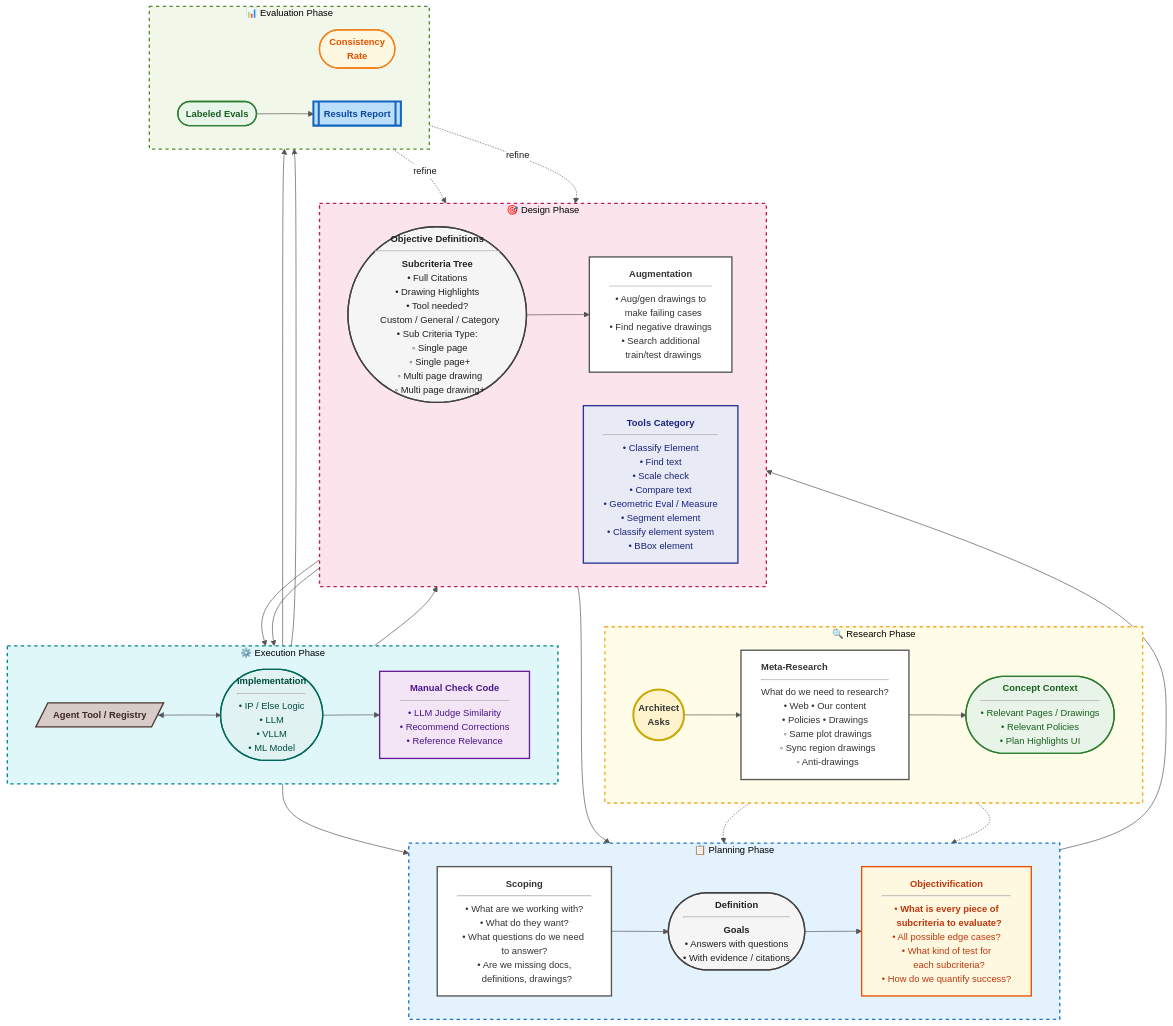
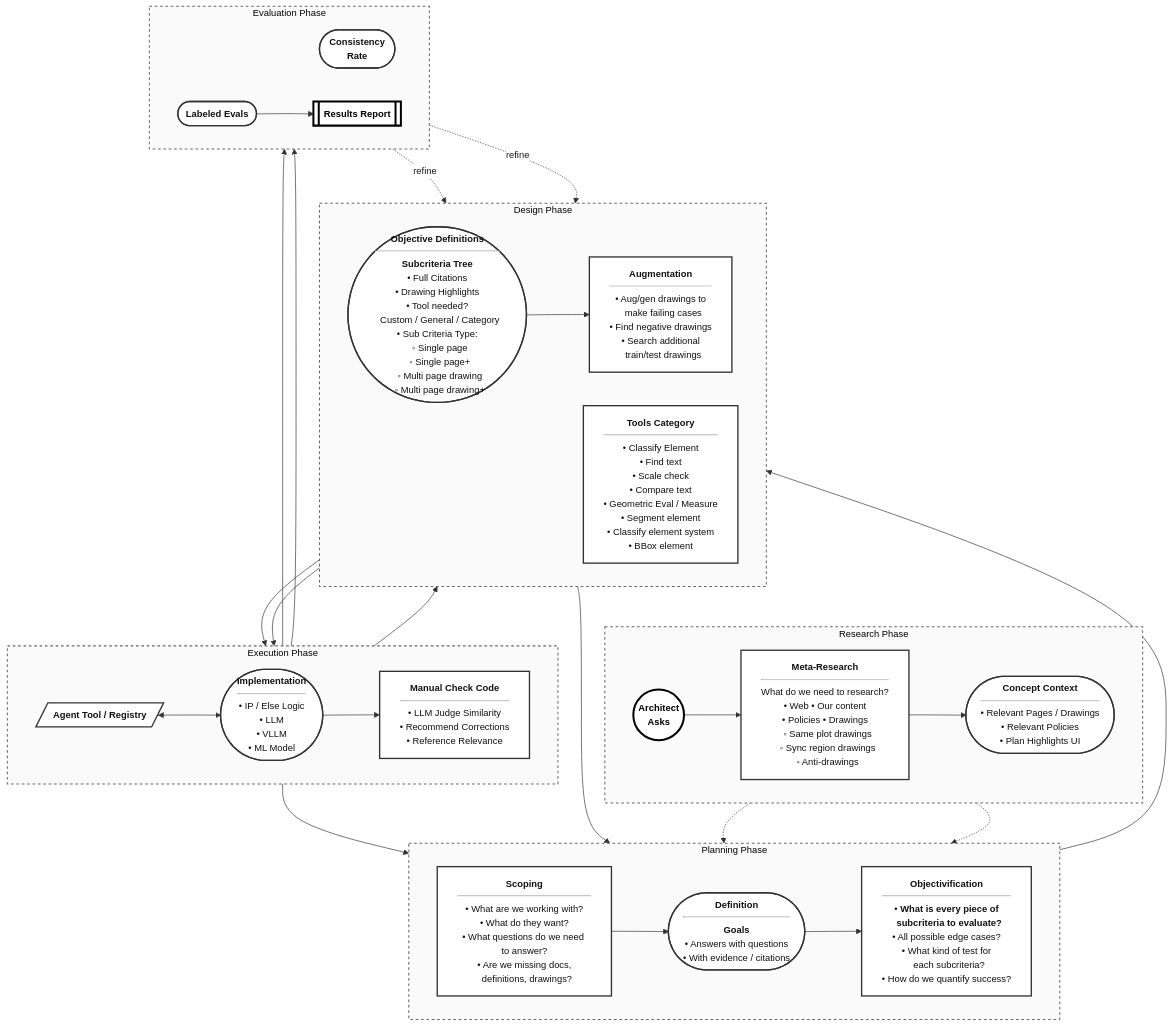
One commit to Ethan-Otto/meta_claude_code changed the diagram in flowchart.mmd. Above: the diagram before and after it, drawn with Mermaid. The commit also changed 1 other file, not shown here.

Commit message:
Remove colors from Mermaid flowchart (monochrome)
White fills with black/grey borders. Architect and Results Report
emphasized with thicker borders as start/end points.

https://claude.ai/code/session_01ACqAQYPFBbKpKmakn9XRgH

```diff
--- a/flowchart.mmd
+++ b/flowchart.mmd
@@ -1,120 +1,94 @@
 ---
 config:
   theme: base
   themeVariables:
     primaryColor: '#fff'
     primaryTextColor: '#1a1a1a'
-    primaryBorderColor: '#555'
-    lineColor: '#555'
+    primaryBorderColor: '#333'
+    lineColor: '#333'
     fontSize: 14px
     fontFamily: 'Segoe UI, Arial, sans-serif'
   flowchart:
     curve: basis
     nodeSpacing: 50
     rankSpacing: 60
     padding: 15
     htmlLabels: true
 ---
 flowchart TB
 
 %% ============== RESEARCH PHASE ==============
-subgraph RESEARCH["&nbsp;&nbsp;🔍 Research Phase&nbsp;&nbsp;"]
+subgraph RESEARCH["&nbsp;&nbsp;Research Phase&nbsp;&nbsp;"]
     direction LR
     Architect(("<b>Architect</b><br/>Asks"))
     MetaResearch["<b>Meta-Research</b><hr/>What do we need to research?<br/>• Web • Our content<br/>• Policies • Drawings<br/>&nbsp;&nbsp;◦ Same plot drawings<br/>&nbsp;&nbsp;◦ Sync region drawings<br/>&nbsp;&nbsp;◦ Anti-drawings"]
     ConceptContext(["<b>Concept Context</b><hr/>• Relevant Pages / Drawings<br/>• Relevant Policies<br/>• Plan Highlights UI"])
     Architect --> MetaResearch --> ConceptContext
 end
 
 %% ============== PLANNING PHASE ==============
-subgraph PLANNING["&nbsp;&nbsp;📋 Planning Phase&nbsp;&nbsp;"]
+subgraph PLANNING["&nbsp;&nbsp;Planning Phase&nbsp;&nbsp;"]
     direction LR
     Scoping["<b>Scoping</b><hr/>• What are we working with?<br/>• What do they want?<br/>• What questions do we need to answer?<br/>• Are we missing docs,<br/>&nbsp;&nbsp;definitions, drawings?"]
     Definition(["<b>Definition</b><hr/><b>Goals</b><br/>• Answers with questions<br/>• With evidence / citations"])
     Objectivification["<b>Objectivification</b><hr/>• <b>What is every piece of<br/>&nbsp;&nbsp;subcriteria to evaluate?</b><br/>• All possible edge cases?<br/>• What kind of test for<br/>&nbsp;&nbsp;each subcriteria?<br/>• How do we quantify success?"]
     Scoping --> Definition --> Objectivification
 end
 
 %% ============== DESIGN PHASE ==============
-subgraph DESIGN["&nbsp;&nbsp;🎯 Design Phase&nbsp;&nbsp;"]
+subgraph DESIGN["&nbsp;&nbsp;Design Phase&nbsp;&nbsp;"]
     direction LR
     ObjDef(["<b>Objective Definitions</b><hr/><b>Subcriteria Tree</b><br/>• Full Citations<br/>• Drawing Highlights<br/>• Tool needed?<br/>&nbsp;&nbsp;Custom / General / Category<br/>• Sub Criteria Type:<br/>&nbsp;&nbsp;◦ Single page<br/>&nbsp;&nbsp;◦ Single page+<br/>&nbsp;&nbsp;◦ Multi page drawing<br/>&nbsp;&nbsp;◦ Multi page drawing+"])
     Augmentation["<b>Augmentation</b><hr/>• Aug/gen drawings to<br/>&nbsp;&nbsp;make failing cases<br/>• Find negative drawings<br/>• Search additional<br/>&nbsp;&nbsp;train/test drawings"]
     Tools["<b>Tools Category</b><hr/>• Classify Element<br/>• Find text<br/>• Scale check<br/>• Compare text<br/>• Geometric Eval / Measure<br/>• Segment element<br/>• Classify element system<br/>• BBox element"]
     ObjDef --> Augmentation
 end
 
 %% ============== EXECUTION PHASE ==============
-subgraph EXECUTION["&nbsp;&nbsp;⚙️ Execution Phase&nbsp;&nbsp;"]
+subgraph EXECUTION["&nbsp;&nbsp;Execution Phase&nbsp;&nbsp;"]
     direction LR
     ManualCheck["<b>Manual Check Code</b><hr/>• LLM Judge Similarity<br/>• Recommend Corrections<br/>• Reference Relevance"]
     Implementation(["<b>Implementation</b><hr/>• IP / Else Logic<br/>• LLM<br/>• VLLM<br/>• ML Model"])
     ToolRegistry[/"<b>Agent Tool / Registry</b>"/]
 end
 
 %% ============== EVALUATION PHASE ==============
-subgraph EVALUATION["&nbsp;&nbsp;📊 Evaluation Phase&nbsp;&nbsp;"]
+subgraph EVALUATION["&nbsp;&nbsp;Evaluation Phase&nbsp;&nbsp;"]
     direction LR
     ConsistencyRate(["<b>Consistency<br/>Rate</b>"])
     LabeledEvals(["<b>Labeled Evals</b>"])
     ResultsReport[["<b>Results Report</b>"]]
 end
 
 %% ============== CROSS-PHASE CONNECTIONS ==============
 Architect -.-> Scoping
 ConceptContext -.-> Scoping
 Tools --> Objectivification
 Objectivification --> ObjDef
 ObjDef --> Implementation
 Augmentation --> Implementation
 Implementation --> ManualCheck
 ManualCheck --> ObjDef
 ManualCheck --> Scoping
 Implementation --> ConsistencyRate
 Implementation --> LabeledEvals
 LabeledEvals --> ResultsReport
 ToolRegistry <--> Implementation
 
 %% Feedback loops
 ConsistencyRate -. "refine" .-> ObjDef
 LabeledEvals -. "refine" .-> Augmentation
 
-%% ============== STYLING ==============
-classDef architectStyle fill:#fff3cd,stroke:#c9a800,stroke-width:3px,color:#333,font-weight:bold
-classDef metaStyle fill:#ffffff,stroke:#555,stroke-width:2px,color:#333,text-align:left
-classDef conceptStyle fill:#e8f4e8,stroke:#2e7d32,stroke-width:2px,color:#1b5e20
-classDef scopingStyle fill:#ffffff,stroke:#555,stroke-width:2px,color:#333
-classDef definitionStyle fill:#f5f5f5,stroke:#424242,stroke-width:2px,color:#212121
-classDef objStyle fill:#fff8e1,stroke:#e65100,stroke-width:2px,color:#bf360c
-classDef toolsStyle fill:#e8eaf6,stroke:#283593,stroke-width:2px,color:#1a237e
-classDef objdefStyle fill:#f5f5f5,stroke:#424242,stroke-width:2px,color:#212121
-classDef augStyle fill:#ffffff,stroke:#555,stroke-width:2px,color:#333
-classDef manualStyle fill:#f3e5f5,stroke:#6a1b9a,stroke-width:2px,color:#4a148c
-classDef implStyle fill:#e0f2f1,stroke:#00695c,stroke-width:2px,color:#004d40
-classDef rateStyle fill:#fff8e1,stroke:#f57f17,stroke-width:2px,color:#e65100
-classDef evalsStyle fill:#e8f5e9,stroke:#2e7d32,stroke-width:2px,color:#1b5e20
-classDef resultsStyle fill:#bbdefb,stroke:#1565c0,stroke-width:3px,color:#0d47a1,font-weight:bold
-classDef registryStyle fill:#d7ccc8,stroke:#4e342e,stroke-width:2px,color:#3e2723
+%% ============== STYLING (monochrome) ==============
+classDef default fill:#ffffff,stroke:#333,stroke-width:2px,color:#111
+classDef emphasis fill:#ffffff,stroke:#000,stroke-width:3px,color:#000,font-weight:bold
 
-class Architect architectStyle
-class MetaResearch metaStyle
-class ConceptContext conceptStyle
-class Scoping scopingStyle
-class Definition definitionStyle
-class Objectivification objStyle
-class Tools toolsStyle
-class ObjDef objdefStyle
-class Augmentation augStyle
-class ManualCheck manualStyle
-class Implementation implStyle
-class ConsistencyRate rateStyle
-class LabeledEvals evalsStyle
-class ResultsReport resultsStyle
-class ToolRegistry registryStyle
+class Architect emphasis
+class ResultsReport emphasis
 
-%% Subgraph styling
-style RESEARCH fill:#fffde7,stroke:#f9a825,stroke-width:2px,stroke-dasharray: 5 5
-style PLANNING fill:#e3f2fd,stroke:#1976d2,stroke-width:2px,stroke-dasharray: 5 5
-style DESIGN fill:#fce4ec,stroke:#c2185b,stroke-width:2px,stroke-dasharray: 5 5
-style EXECUTION fill:#e0f7fa,stroke:#00838f,stroke-width:2px,stroke-dasharray: 5 5
-style EVALUATION fill:#f1f8e9,stroke:#558b2f,stroke-width:2px,stroke-dasharray: 5 5
+%% Subgraph styling (monochrome)
+style RESEARCH fill:#fafafa,stroke:#666,stroke-width:1.5px,stroke-dasharray: 4 4
+style PLANNING fill:#fafafa,stroke:#666,stroke-width:1.5px,stroke-dasharray: 4 4
+style DESIGN fill:#fafafa,stroke:#666,stroke-width:1.5px,stroke-dasharray: 4 4
+style EXECUTION fill:#fafafa,stroke:#666,stroke-width:1.5px,stroke-dasharray: 4 4
+style EVALUATION fill:#fafafa,stroke:#666,stroke-width:1.5px,stroke-dasharray: 4 4
```
